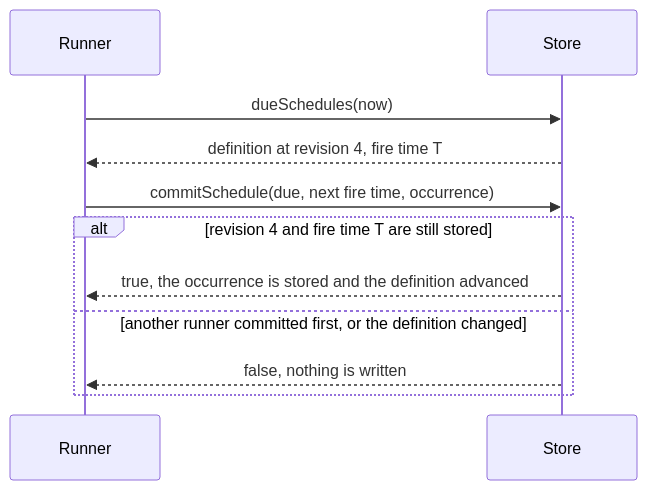
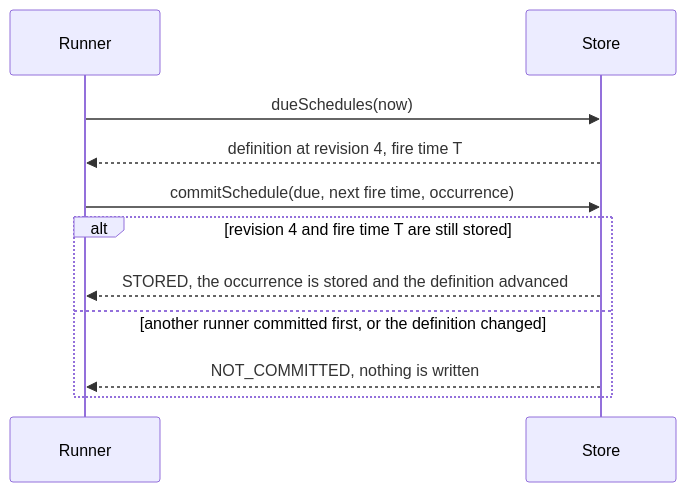
The third of 4 diagrams in docs/writing-a-store.md (BonfireTrunk/bth4j), drawn with Mermaid before and after one commit. The commit also changed other lines of this file and 51 other files, not shown here.

````diff
--- a/docs/writing-a-store.md
+++ b/docs/writing-a-store.md
@@ -179,13 +179,13 @@
 ```mermaid
 sequenceDiagram
     participant R as Runner
     participant S as Store
     R->>S: dueSchedules(now)
     S-->>R: definition at revision 4, fire time T
     R->>S: commitSchedule(due, next fire time, occurrence)
     alt revision 4 and fire time T are still stored
-        S-->>R: true, the occurrence is stored and the definition advanced
+        S-->>R: STORED, the occurrence is stored and the definition advanced
     else another runner committed first, or the definition changed
-        S-->>R: false, nothing is written
+        S-->>R: NOT_COMMITTED, nothing is written
     end
 ```
````
